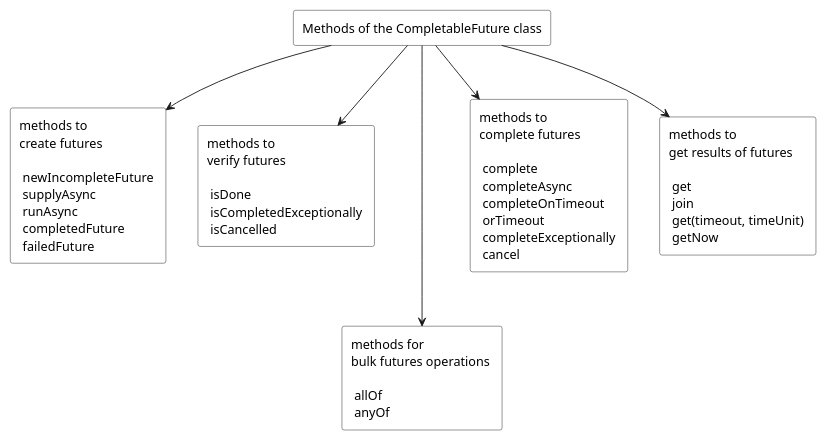
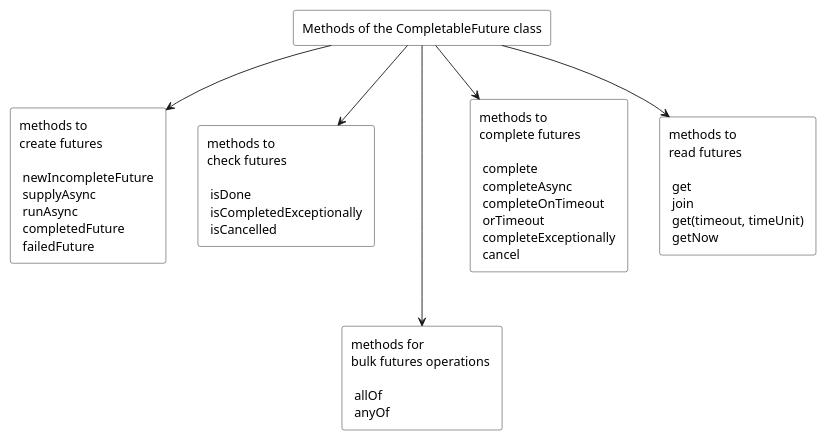
One commit to ti-cortex-m4/demo-java-completablefuture changed the diagram in images/methods of the CompletableFuture class.puml. Above: the diagram before and after it, drawn with PlantUML. The commit also changed 4 other files, not shown here.

```diff
--- a/images/methods of the CompletableFuture class.puml
+++ b/images/methods of the CompletableFuture class.puml
@@ -1,20 +1,20 @@
 @startuml
 
 scale 0.9
 skinparam monochrome true
 skinparam RectangleBackgroundColor white
 
 rectangle "Methods of the CompletableFuture class" as Methods
 rectangle "methods to\ncreate futures \n\n newIncompleteFuture \n supplyAsync \n runAsync \n completedFuture \n failedFuture" as methods1
-rectangle "methods to\nverify futures \n\n isDone \n isCompletedExceptionally \n isCancelled" as methods2
+rectangle "methods to\ncheck futures \n\n isDone \n isCompletedExceptionally \n isCancelled" as methods2
 rectangle "methods for\nbulk futures operations \n\n allOf \n anyOf" as methods5
 rectangle "methods to\ncomplete futures \n\n complete \n completeAsync \n completeOnTimeout \n orTimeout \n completeExceptionally \n cancel" as methods3
-rectangle "methods to\nget results of futures \n\n get \n join \n get(timeout, timeUnit) \n getNow" as methods4
+rectangle "methods to\nread futures \n\n get \n join \n get(timeout, timeUnit) \n getNow" as methods4
 
 Methods --> methods1
 Methods --> methods2
 Methods ---> methods5
 Methods --> methods3
 Methods --> methods4
 
 @enduml
```
